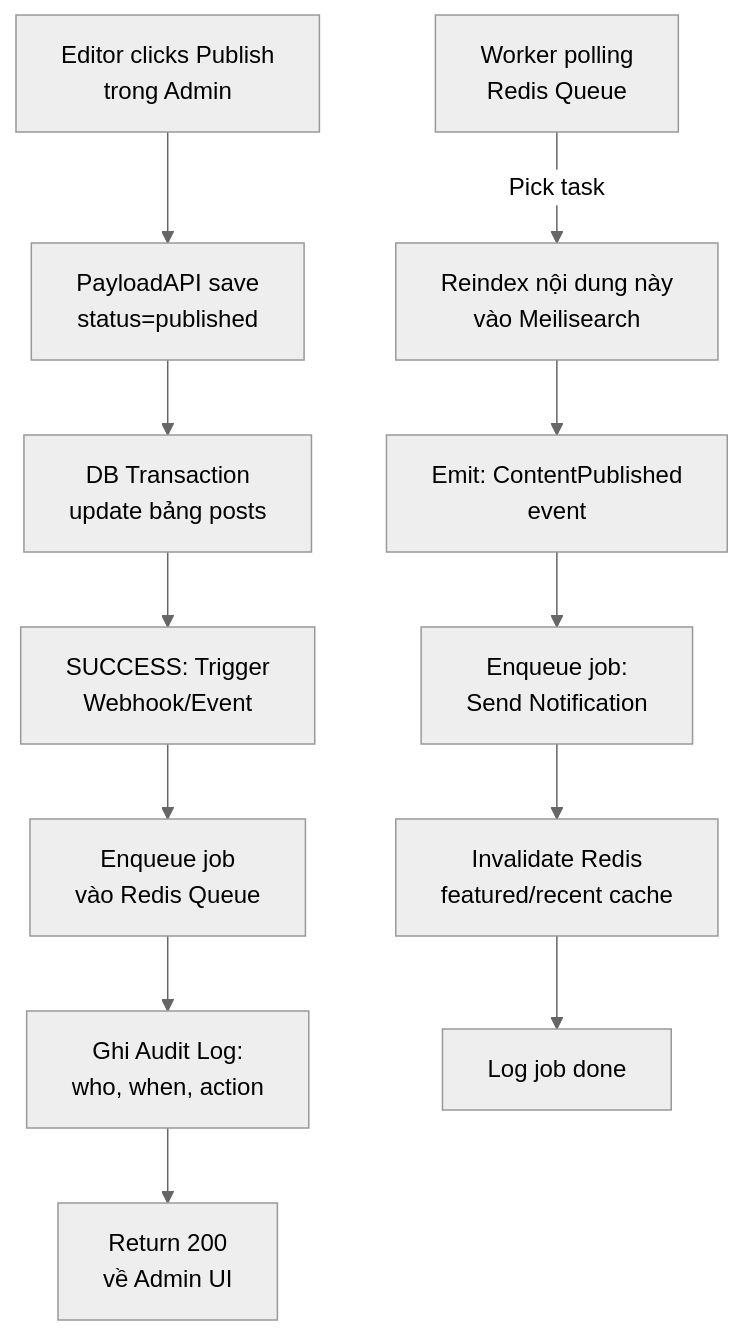
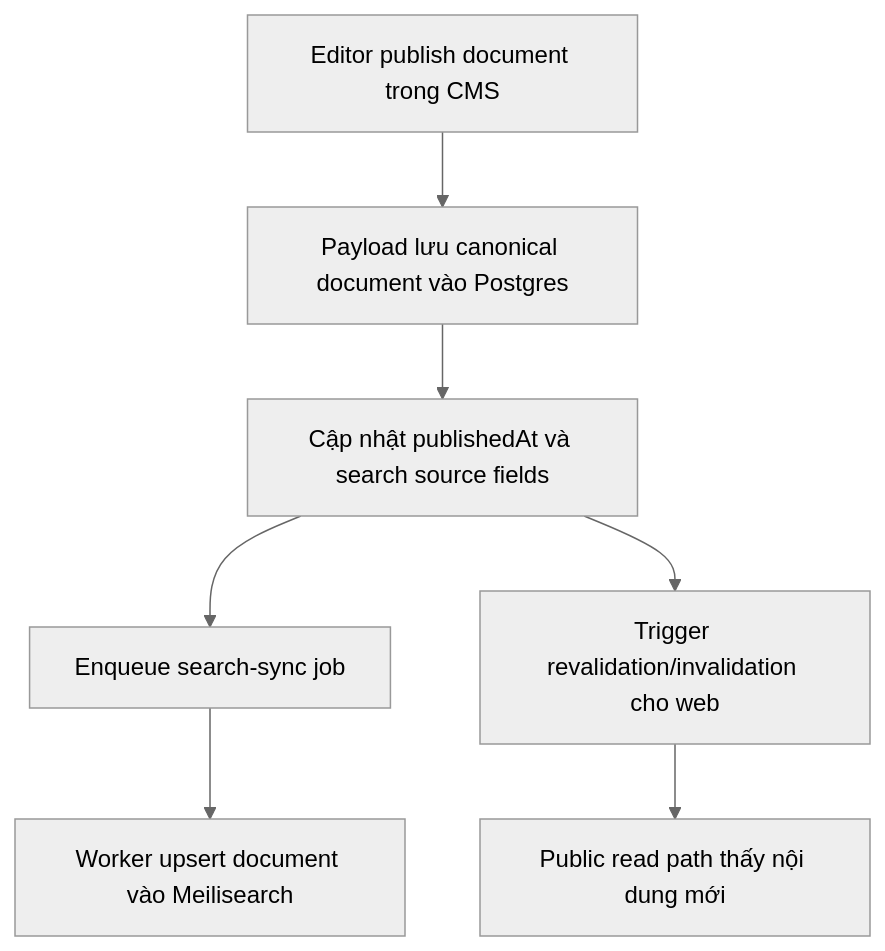
Before and after one commit to QuyenVjp/PMTL_VN: the second of 8 diagrams in design/00-overview/architecture-flows.mmd, drawn with Mermaid (neutral theme). The commit also changed other lines of this file and 38 other files, not shown here.

````diff
--- a/design/00-overview/architecture-flows.mmd
+++ b/design/00-overview/architecture-flows.mmd
@@ -20,14 +18,9 @@
 ```mermaid
 flowchart TD
-    A["Editor clicks Publish<br/>trong Admin"] --> B["PayloadAPI save<br/>status=published"]
-    B --> C["DB Transaction<br/>update bảng posts"]
-    C --> D["SUCCESS: Trigger<br/>Webhook/Event"]
-    D --> E["Enqueue job<br/>vào Redis Queue"]
-    F["Ghi Audit Log:<br/>who, when, action"] --> G["Return 200<br/>về Admin UI"]
-    E --> F
-    H["Worker polling<br/>Redis Queue"] -->|Pick task| I["Reindex nội dung này<br/>vào Meilisearch"]
-    I --> J["Emit: ContentPublished<br/>event"]
-    J --> K["Enqueue job:<br/>Send Notification"]
-    K --> L["Invalidate Redis<br/>featured/recent cache"]
-    L --> M["Log job done"]
+    A["Editor publish document trong CMS"] --> B["Payload lưu canonical document vào Postgres"]
+    B --> C["Cập nhật publishedAt và search source fields"]
+    C --> D["Enqueue search-sync job"]
+    C --> E["Trigger revalidation/invalidation cho web"]
+    D --> F["Worker upsert document vào Meilisearch"]
+    E --> G["Public read path thấy nội dung mới"]
 ```
````
